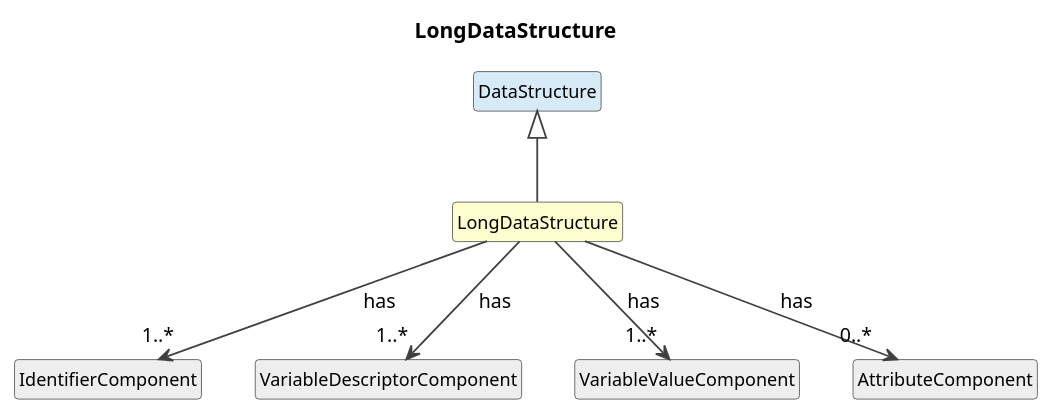
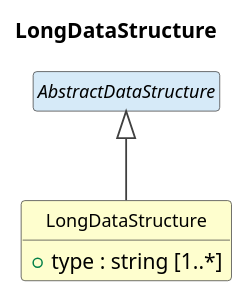
One commit to Cross-Domain-Interoperability-Framework/metadataBuildingBlocks changed the diagram in cdif-uml-model/_plantuml/cdifDataStructure/Classes/LongDataStructure.pu. Above: the diagram before and after it, drawn with PlantUML. The commit also changed 636 other files, not shown here.

First line of the commit message:
cdif-uml-model: regen for cdifDataStructure split (module + composites)

```diff
--- a/cdif-uml-model/_plantuml/cdifDataStructure/Classes/LongDataStructure.pu
+++ b/cdif-uml-model/_plantuml/cdifDataStructure/Classes/LongDataStructure.pu
@@ -1,25 +1,19 @@
 @startuml
 title LongDataStructure
 hide circle
 hide empty members
 skinparam shadowing false
 skinparam ArrowThickness 1.2
 skinparam class {
   ArrowColor #404040
   BorderColor #404040
   FontSize 12
 }
 
-class "LongDataStructure" as LongDataStructure #FEFECE
-class "DataStructure" as DataStructure #D6EAF8
-DataStructure <|-- LongDataStructure
-class "IdentifierComponent" as IdentifierComponent #EEEEEE
-LongDataStructure --> "1..*" IdentifierComponent : has
-class "VariableDescriptorComponent" as VariableDescriptorComponent #EEEEEE
-LongDataStructure --> "1..*" VariableDescriptorComponent : has
-class "VariableValueComponent" as VariableValueComponent #EEEEEE
-LongDataStructure --> "1..*" VariableValueComponent : has
-class "AttributeComponent" as AttributeComponent #EEEEEE
-LongDataStructure --> "0..*" AttributeComponent : has
+class "LongDataStructure" as LongDataStructure #FEFECE {
+  +type : string [1..*]
+}
+abstract class "AbstractDataStructure" as AbstractDataStructure #D6EAF8
+AbstractDataStructure <|-- LongDataStructure
 
 @enduml
```
